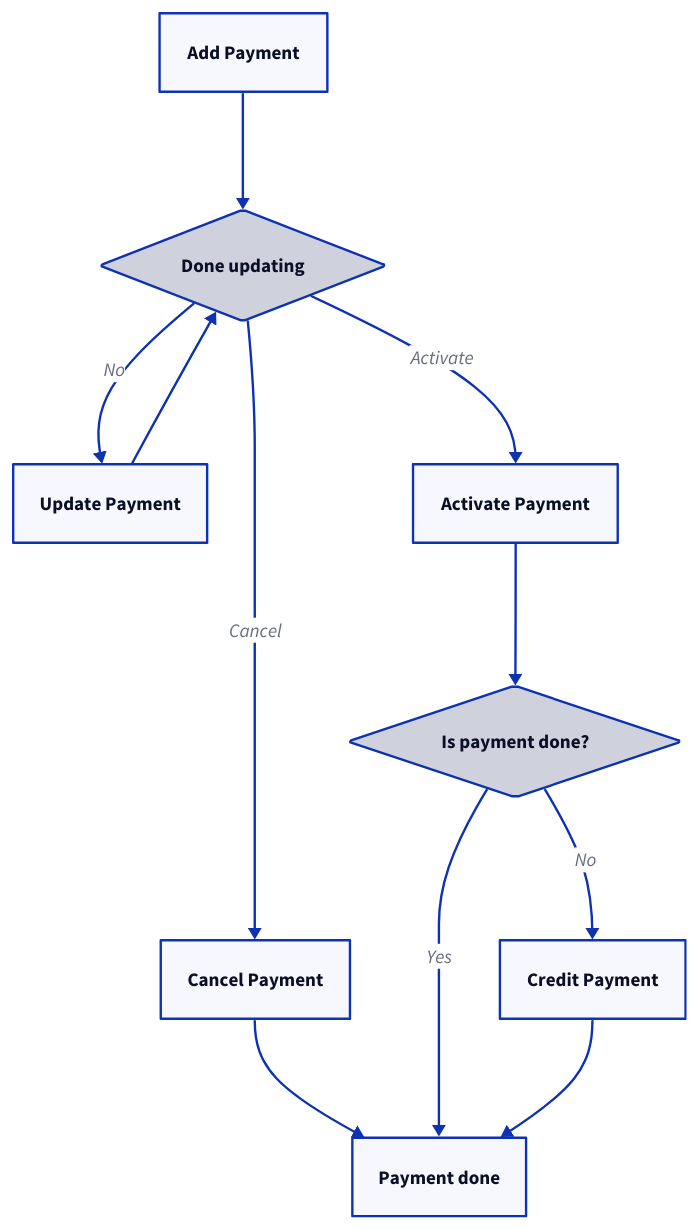
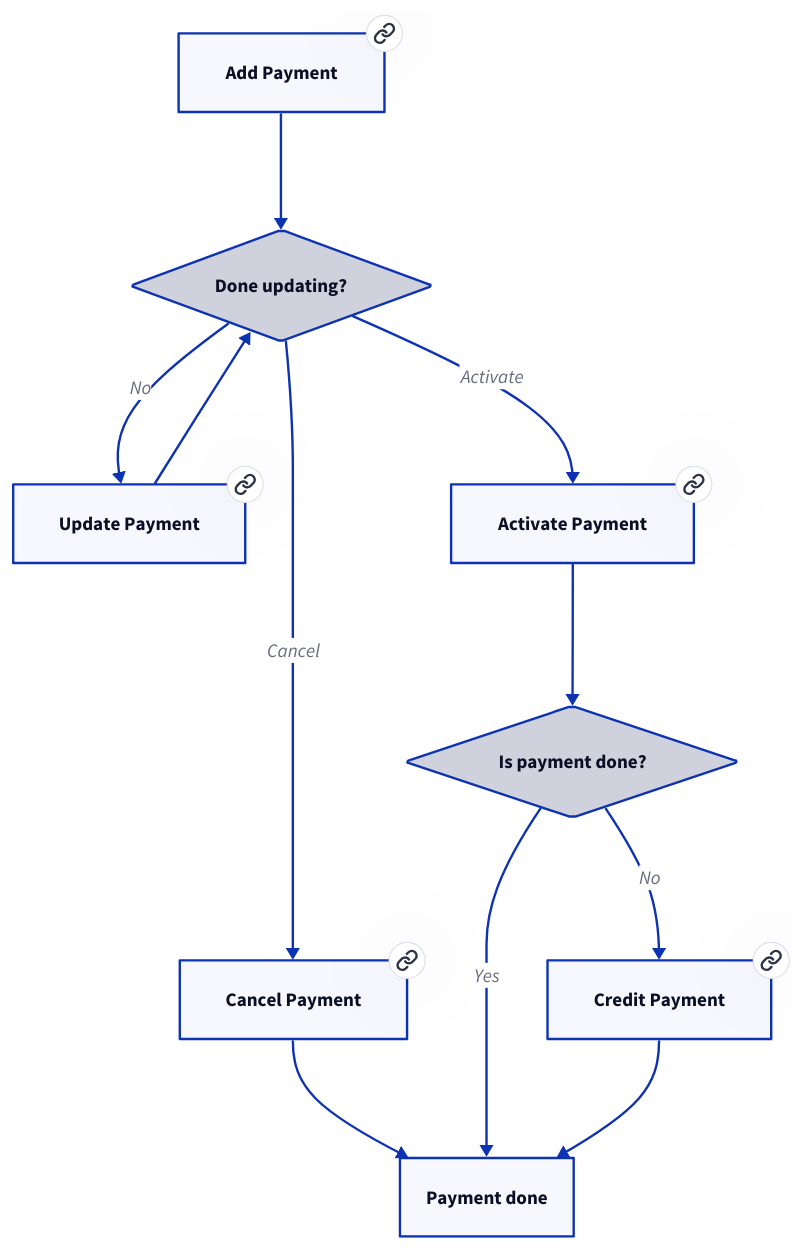
Before and after one commit to Billmate/QvicklyDocumentation: the diagram in Writerside/topics/Qvickly-API.md, drawn with D2. The commit also changed 2 other files, not shown here.

Commit message:
Correcting minor stuff in the documentation

````diff
--- a/Writerside/topics/Qvickly-API.md
+++ b/Writerside/topics/Qvickly-API.md
@@ -13,25 +13,35 @@
 ```d2
 direction: down
-addPayment: Add Payment
-updatePayment: Update Payment
-activatePayment: Activate Payment
-creditPayment: Credit Payment
-cancelPayment: Cancel Payment
+addPayment: Add Payment {
+    link: addpayment.html
+}
+updatePayment: Update Payment {
+    link: updatepayment.html
+}
+activatePayment: Activate Payment {
+    link: activatepayment.html
+}
+creditPayment: Credit Payment {
+    link: creditpayment.html
+}
+cancelPayment: Cancel Payment {
+    link: cancelpayment.html
+}
 done: Payment done
-areWeDoneUpdating: Done updating
+areWeDoneUpdating: Done updating?
 areWeDoneUpdating.shape: diamond
 isPaymentDone: Is payment done?
 isPaymentDone.shape: diamond
 
 addPayment -> areWeDoneUpdating 
 updatePayment -> areWeDoneUpdating
 areWeDoneUpdating -> updatePayment: No
 areWeDoneUpdating -> activatePayment: Activate
 areWeDoneUpdating -> cancelPayment: Cancel
 cancelPayment -> done
 activatePayment -> isPaymentDone
 isPaymentDone -> done: Yes
 isPaymentDone -> creditPayment: No
 creditPayment -> done
 
 ```
````
